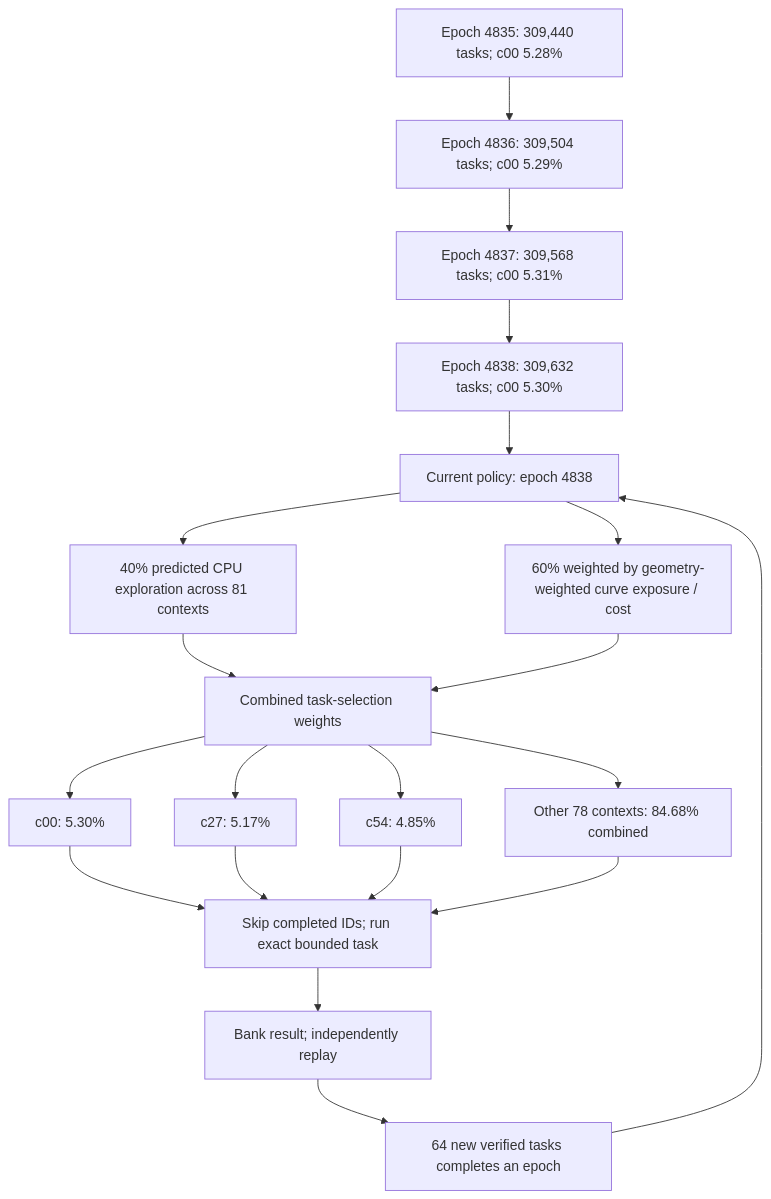
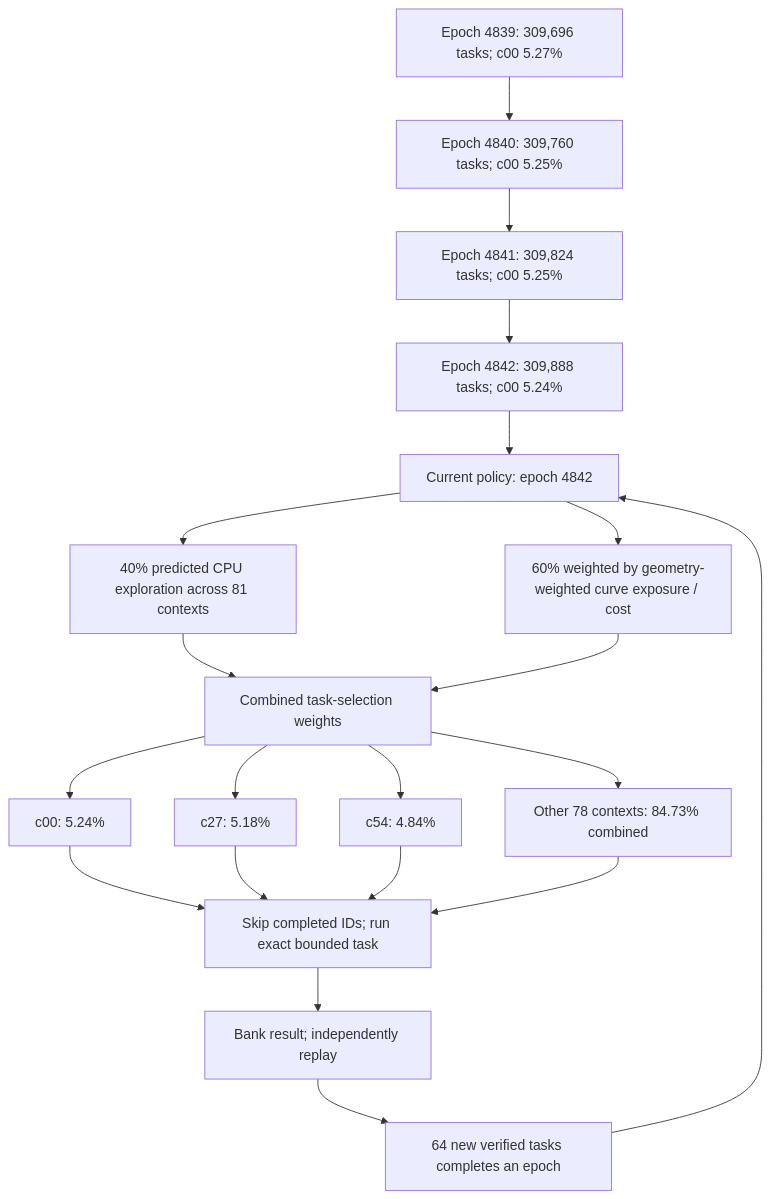
The first of 3 diagrams in README.md (Kuberwastaken/math-gambling), drawn with Mermaid before and after one commit. The commit also changed other lines of this file and 526 other files, not shown here.

````diff
--- a/README.md
+++ b/README.md
@@ -60,27 +60,27 @@
 ```mermaid
 flowchart TD
-    H0["Epoch 4835: 309,440 tasks; c00 5.28%"]
-    H1["Epoch 4836: 309,504 tasks; c00 5.29%"]
+    H0["Epoch 4839: 309,696 tasks; c00 5.27%"]
+    H1["Epoch 4840: 309,760 tasks; c00 5.25%"]
     H0 --> H1
-    H2["Epoch 4837: 309,568 tasks; c00 5.31%"]
+    H2["Epoch 4841: 309,824 tasks; c00 5.25%"]
     H1 --> H2
-    H3["Epoch 4838: 309,632 tasks; c00 5.30%"]
+    H3["Epoch 4842: 309,888 tasks; c00 5.24%"]
     H2 --> H3
-    Policy["Current policy: epoch 4838"]
+    Policy["Current policy: epoch 4842"]
     H3 --> Policy
     Policy --> Explore["40% predicted CPU exploration across 81 contexts"]
     Policy --> Cost["60% weighted by geometry-weighted curve exposure / cost"]
     Explore --> Mix["Combined task-selection weights"]
     Cost --> Mix
-    Mix --> C0["c00: 5.30%"]
-    Mix --> C1["c27: 5.17%"]
-    Mix --> C2["c54: 4.85%"]
-    Mix --> Rest["Other 78 contexts: 84.68% combined"]
+    Mix --> C0["c00: 5.24%"]
+    Mix --> C1["c27: 5.18%"]
+    Mix --> C2["c54: 4.84%"]
+    Mix --> Rest["Other 78 contexts: 84.73% combined"]
     C0 --> Check["Skip completed IDs; run exact bounded task"]
     C1 --> Check
     C2 --> Check
     Rest --> Check
     Check --> Replay["Bank result; independently replay"]
     Replay --> Gate["64 new verified tasks completes an epoch"]
     Gate --> Policy
 ```
````
